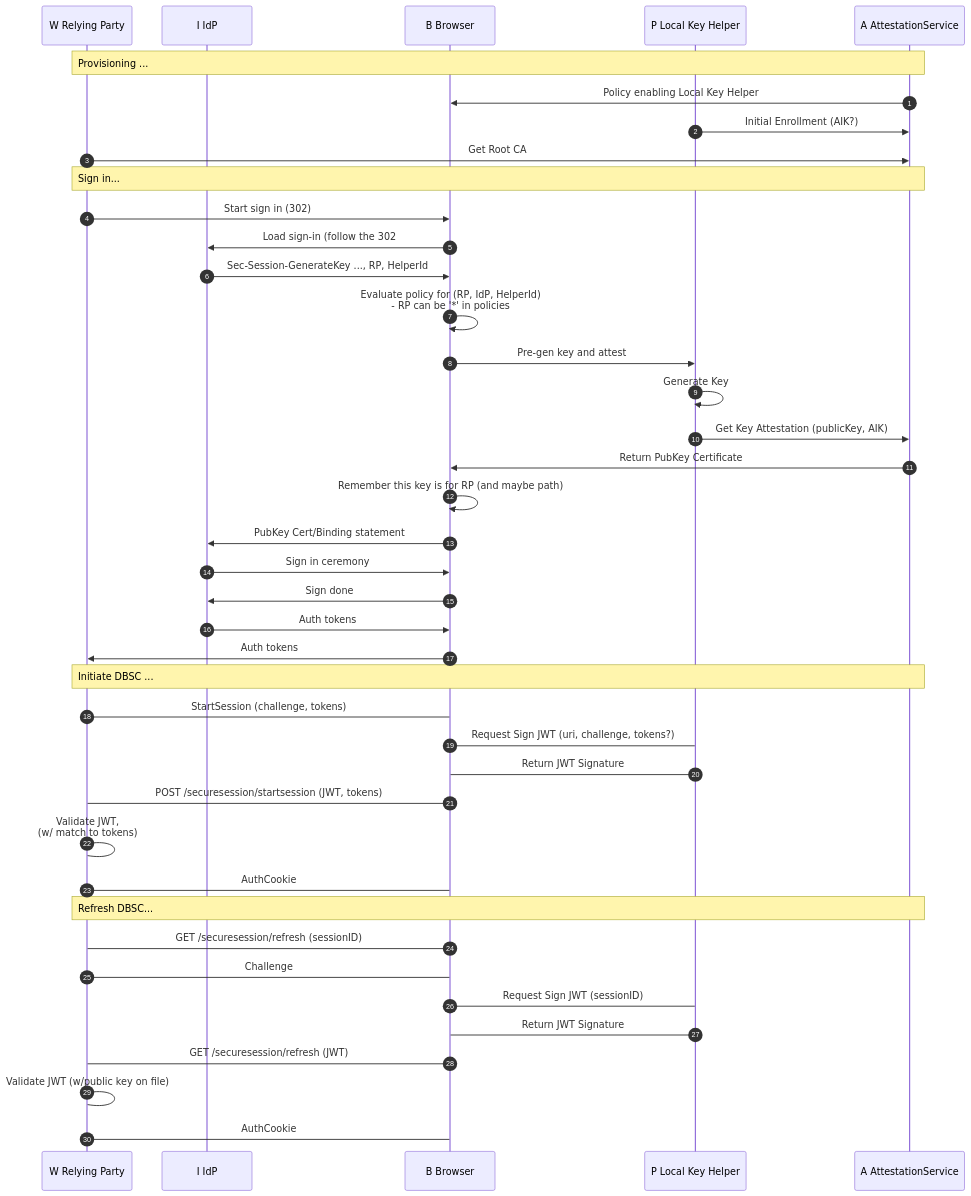
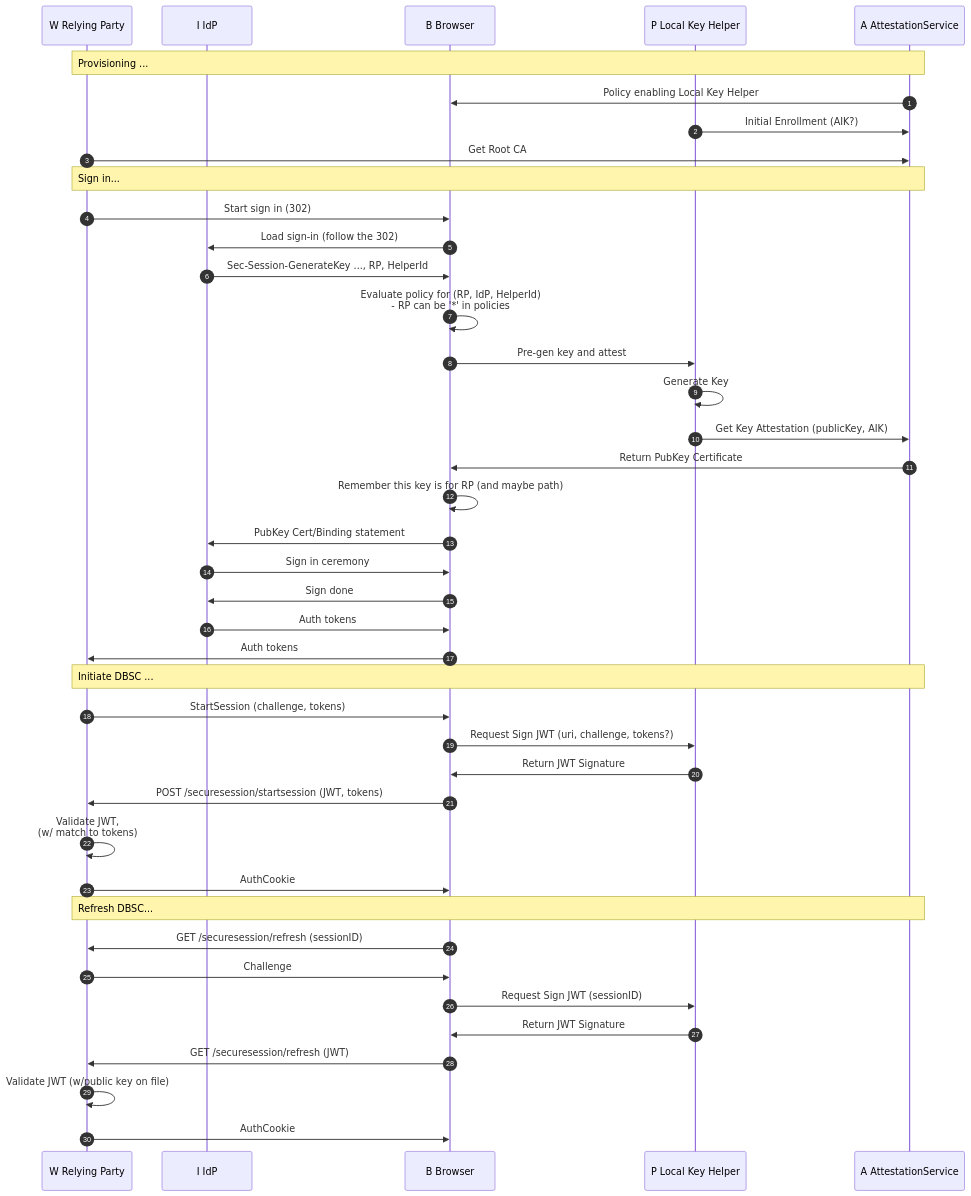
Before and after one commit to alextok/dbsc-discussions: the first of 7 diagrams in README.md, drawn with Mermaid. The commit also changed other lines of this file, not shown here.

`````````diff
--- a/README.md
+++ b/README.md
@@ -1,51 +1,52 @@
 ```mermaid
 sequenceDiagram
 %%{ init: { 'sequence': { 'noteAlign': 'left'} } }%%
 autonumber 1
 participant W as W Relying Party
 participant I as I IdP
 participant B as B Browser
 participant P as P Local Key Helper
 participant A as A AttestationService
  
 Note over W, A: Provisioning ...
 A->>B: Policy enabling Local Key Helper
 P->>A: Initial Enrollment (AIK?)
 W->>A: Get Root CA
 Note over W, A: Sign in...
 W->>B: Start sign in (302)
-B->>I: Load sign-in (follow the 302
+B->>I: Load sign-in (follow the 302)
  
 I->>B: Sec-Session-GenerateKey ..., RP, HelperId
 B->>B: Evaluate policy for (RP, IdP, HelperId)<br/> - RP can be '*' in policies
 B->>P: Pre-gen key and attest
  
 P->>P: Generate Key
  
 P->>A: Get Key Attestation (publicKey, AIK)
 A->>B: Return PubKey Certificate
 B->>B: Remember this key is for RP (and maybe path)
 B->>I: PubKey Cert/Binding statement
  
 I->>B: Sign in ceremony
 B->>I: Sign done
  
 I->>B: Auth tokens
 B->>W: Auth tokens
  
 Note over W, A: Initiate DBSC ...
-W->B: StartSession (challenge, tokens)
-B->P: Request Sign JWT (uri, challenge, tokens?)
-P->B: Return JWT Signature
-B->W: POST /securesession/startsession (JWT, tokens)
-W->W: Validate JWT, <br/>(w/ match to tokens)
-W->B: AuthCookie
+W->>B: StartSession (challenge, tokens)
+B->>P: Request Sign JWT (uri, challenge, tokens?)
+P->>B: Return JWT Signature
+B->>W: POST /securesession/startsession (JWT, tokens)
+W->>W: Validate JWT, <br/>(w/ match to tokens)
+W->>B: AuthCookie
+
 Note over W, A: Refresh DBSC...
-B->W: GET /securesession/refresh (sessionID)
-W->B: Challenge
-B->P: Request Sign JWT (sessionID)
-P->B: Return JWT Signature
-B->W: GET /securesession/refresh (JWT)
-W->W: Validate JWT (w/public key on file)
-W->B: AuthCookie
+B->>W: GET /securesession/refresh (sessionID)
+W->>B: Challenge
+B->>P: Request Sign JWT (sessionID)
+P->>B: Return JWT Signature
+B->>W: GET /securesession/refresh (JWT)
+W->>W: Validate JWT (w/public key on file)
+W->>B: AuthCookie
 ````````
`````````
